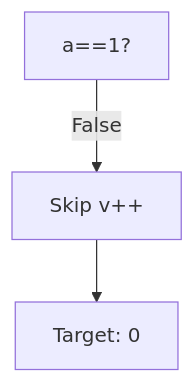
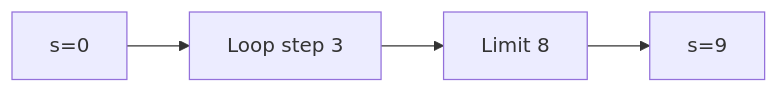
Before and after one commit to amnahwaida/OSNK_INF_PREP: diagram 11 of 25 in part-c-pemahaman-cpp/03-perulangan/latihan/set-07.md, drawn with Mermaid. The commit also changed other lines of this file and 71 other files, not shown here.

````diff
--- a/part-c-pemahaman-cpp/03-perulangan/latihan/set-07.md
+++ b/part-c-pemahaman-cpp/03-perulangan/latihan/set-07.md
@@ -340,5 +291,6 @@
 ```mermaid
-graph TD
-A["a==1?"] -- "False" --> B["Skip v++"]
-B --> C["Target: 0"]
+graph LR
+A["s=0"] --> B["Loop step 3"]
+B --> C["Limit 8"]
+C --> D["s=9"]
 ```
````
